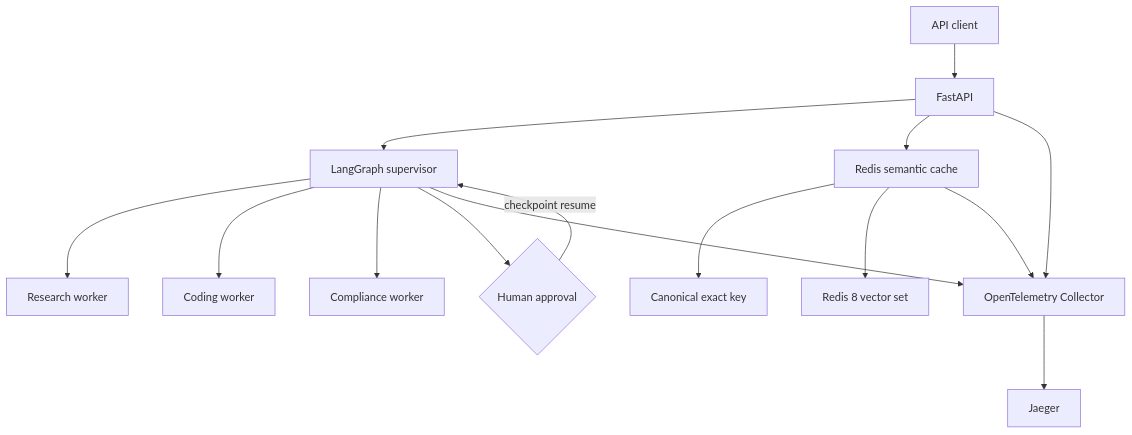
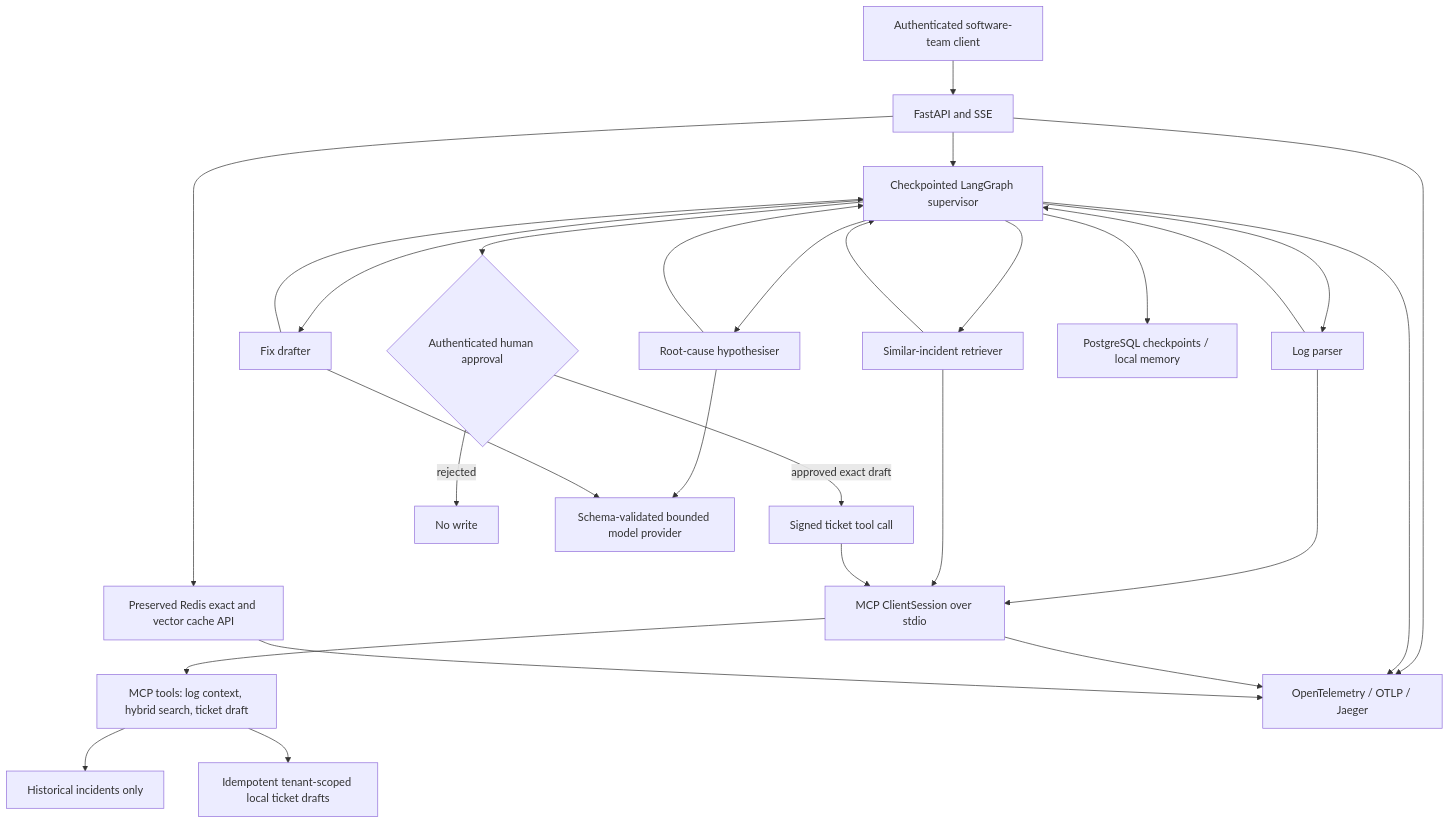
The diagram in README.md (vi-nayKR/fastapi-genai-agent-patterns), drawn with Mermaid before and after one commit. The commit also changed other lines of this file and 50 other files, not shown here.

Commit message:
Refocus as Traceward incident triage with MCP approvals and evaluation

````diff
--- a/README.md
+++ b/README.md
@@ -50,17 +36,30 @@
 ```mermaid
 flowchart TD
-    client[API client] --> fastapi[FastAPI]
-    fastapi --> supervisor[LangGraph supervisor]
-    supervisor --> research[Research worker]
-    supervisor --> coding[Coding worker]
-    supervisor --> compliance[Compliance worker]
-    supervisor --> approval{Human approval}
-    approval -->|checkpoint resume| supervisor
-    fastapi --> cache[Redis semantic cache]
-    cache --> exact[Canonical exact key]
-    cache --> vectors[Redis 8 vector set]
-    fastapi --> otel[OpenTelemetry Collector]
+    user[Authenticated software-team client] --> api[FastAPI and SSE]
+    api --> supervisor[Checkpointed LangGraph supervisor]
+    supervisor --> parser[Log parser]
+    parser --> supervisor
+    supervisor --> retrieval[Similar-incident retriever]
+    retrieval --> supervisor
+    supervisor --> cause[Root-cause hypothesiser]
+    cause --> supervisor
+    supervisor --> fix[Fix drafter]
+    fix --> supervisor
+    parser --> client[MCP ClientSession over stdio]
+    retrieval --> client
+    client --> server[MCP tools: log context, hybrid search, ticket draft]
+    server --> history[Historical incidents only]
+    supervisor --> gate{Authenticated human approval}
+    gate -->|approved exact draft| ticket[Signed ticket tool call]
+    ticket --> client
+    server --> sqlite[Idempotent tenant-scoped local ticket drafts]
+    gate -->|rejected| stop[No write]
+    cause --> provider[Schema-validated bounded model provider]
+    fix --> provider
+    supervisor --> checkpoints[PostgreSQL checkpoints / local memory]
+    api --> cache[Preserved Redis exact and vector cache API]
+    api --> otel[OpenTelemetry / OTLP / Jaeger]
     supervisor --> otel
+    client --> otel
     cache --> otel
-    otel --> jaeger[Jaeger]
 ```
````
